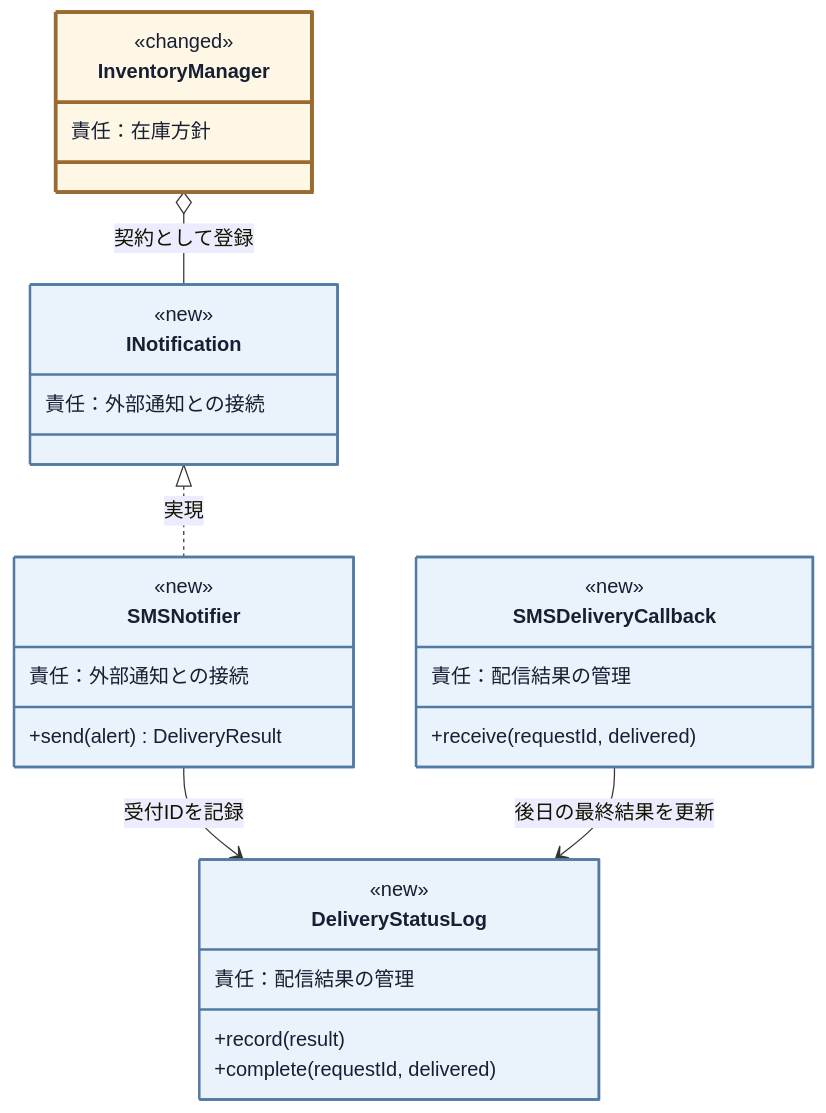
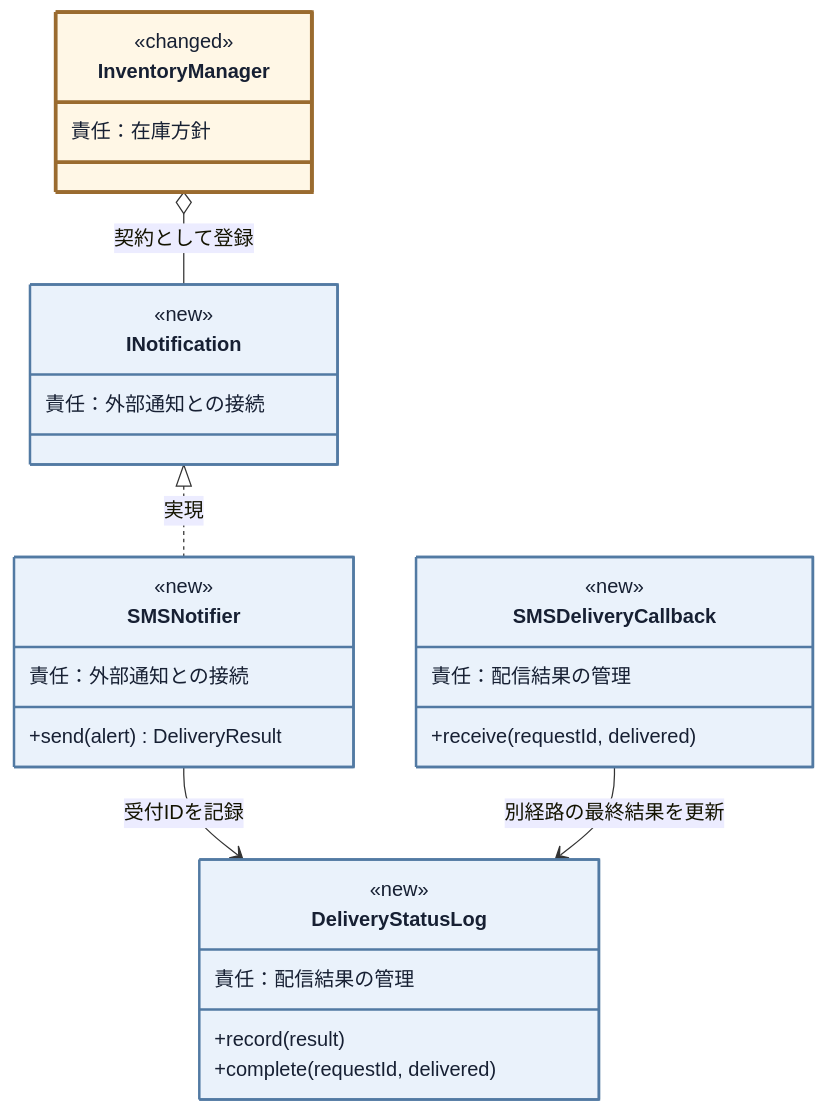
One commit to kumachan1101-pixel/DesignPattern changed diagram 12 of 19 in kindle/design-patterns/books/volume01-core-patterns/output/05-chapter03.md. Above: the diagram before and after it, drawn with Mermaid. The commit also changed other lines of this file and 3 other files, not shown here.

````diff
--- a/kindle/design-patterns/books/volume01-core-patterns/output/05-chapter03.md
+++ b/kindle/design-patterns/books/volume01-core-patterns/output/05-chapter03.md
@@ -1722,36 +1724,36 @@
 ```mermaid
 classDiagram
     direction TB
     class InventoryManager:::touched {
         <<changed>>
         責任：在庫方針
     }
     class INotification:::added {
         <<new>>
         <<interface>>
         責任：外部通知との接続
     }
     class SMSNotifier:::added {
         <<new>>
         責任：外部通知との接続
         +send(alert) DeliveryResult
     }
     class DeliveryStatusLog:::added {
         <<new>>
         責任：配信結果の管理
         +record(result)
         +complete(requestId, delivered)
     }
     class SMSDeliveryCallback:::added {
         <<new>>
         責任：配信結果の管理
         +receive(requestId, delivered)
     }
     InventoryManager o-- INotification : 契約として登録
     INotification <|.. SMSNotifier : 実現
     SMSNotifier --> DeliveryStatusLog : 受付IDを記録
-    SMSDeliveryCallback --> DeliveryStatusLog : 後日の最終結果を更新
+    SMSDeliveryCallback --> DeliveryStatusLog : 別経路の最終結果を更新
 
     classDef added fill:#eaf2fb,stroke:#527aa3,stroke-width:2px,color:#172033;
     classDef touched fill:#fff7e6,stroke:#9a6b2f,stroke-width:3px,color:#172033;
 ```
````
